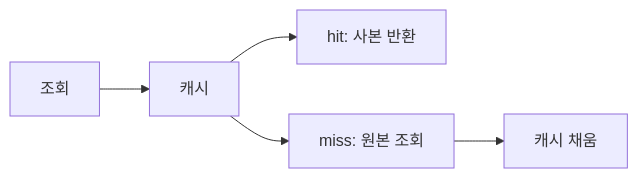
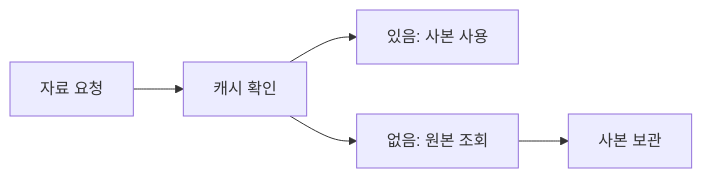
One commit to moocongpapa/it-study changed the diagram in content/topics/caching-strategies.md. Above: the diagram before and after it, drawn with Mermaid. The commit also changed other lines of this file and 71 other files, not shown here.

````diff
--- a/content/topics/caching-strategies.md
+++ b/content/topics/caching-strategies.md
@@ -6,6 +20,7 @@
 ```mermaid
 flowchart LR
-  Q["조회"] --> C["캐시"]
-  C --> H["hit: 사본 반환"]
-  C --> M["miss: 원본 조회"] --> F["캐시 채움"]
+ A["자료 요청"] --> B["캐시 확인"]
+ B --> C["있음: 사본 사용"]
+ B --> D["없음: 원본 조회"]
+ D --> E["사본 보관"]
 ```
````
